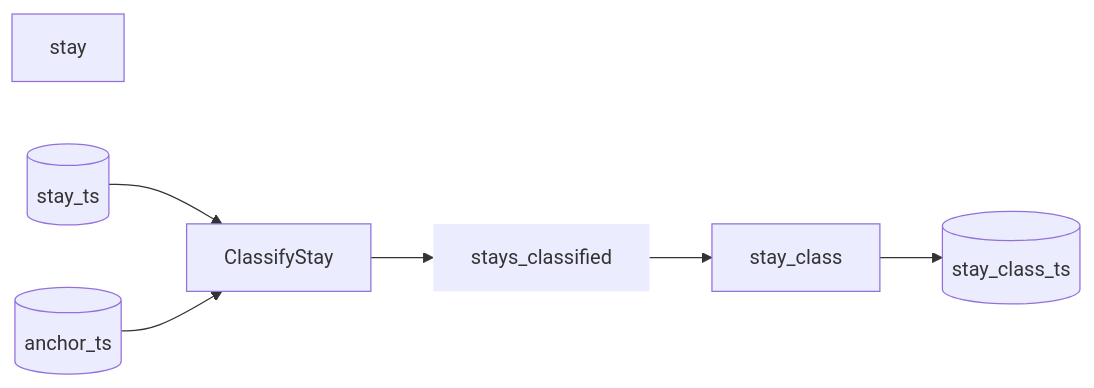
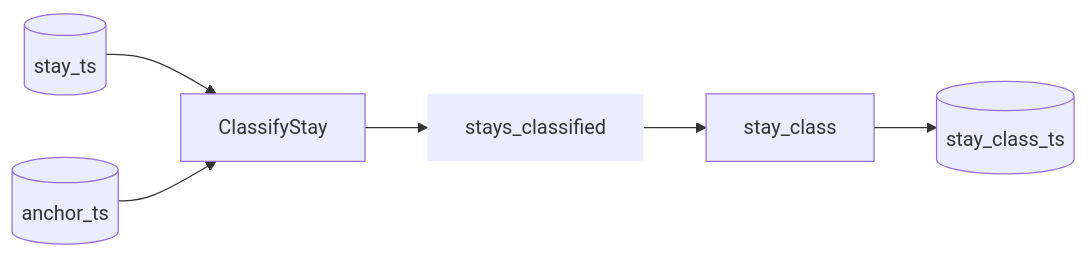
The fourth of 15 diagrams in README.md (djvanderlaan/pipeline), drawn with Mermaid before and after one commit.

Commit message:
Classify Stays

````diff
--- a/README.md
+++ b/README.md
@@ -88,9 +88,8 @@
 ```mermaid
 flowchart LR
-  stay
   stay_ts[(stay_ts)] --> ClassifyStay --> stays_classified:::data --> stay_class --> stay_class_ts[(stay_class_ts)]
 
   anchor_ts[(anchor_ts)] --> ClassifyStay
 
 classDef data stroke-width:0px
 ```
````
